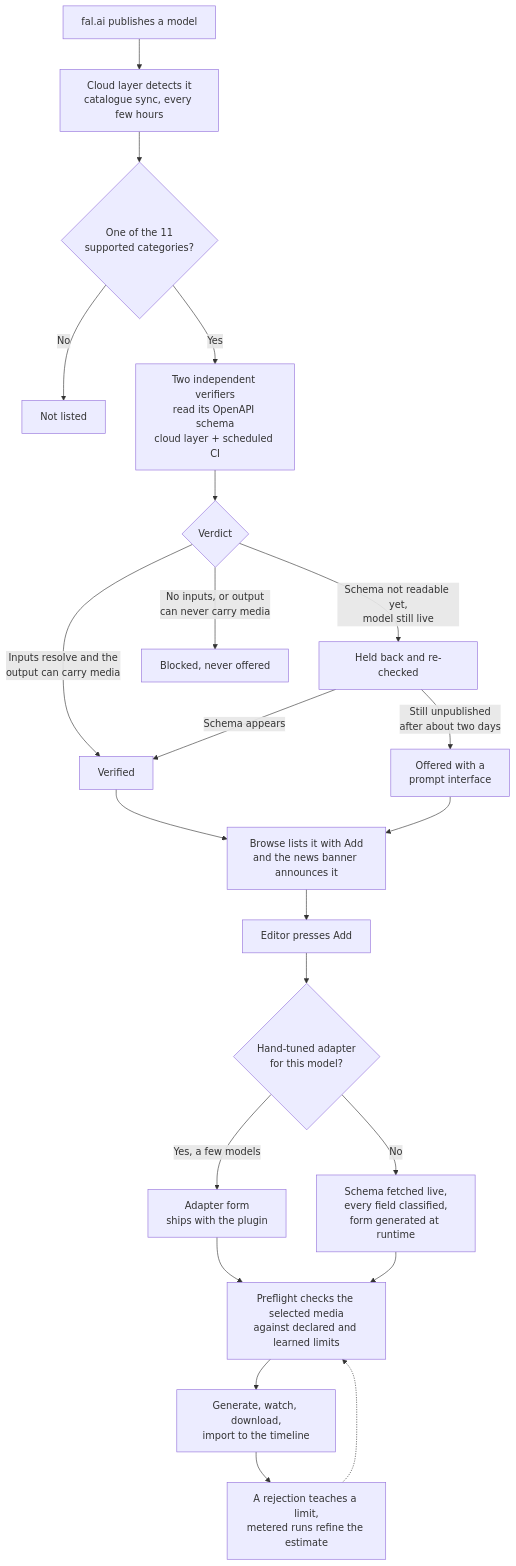
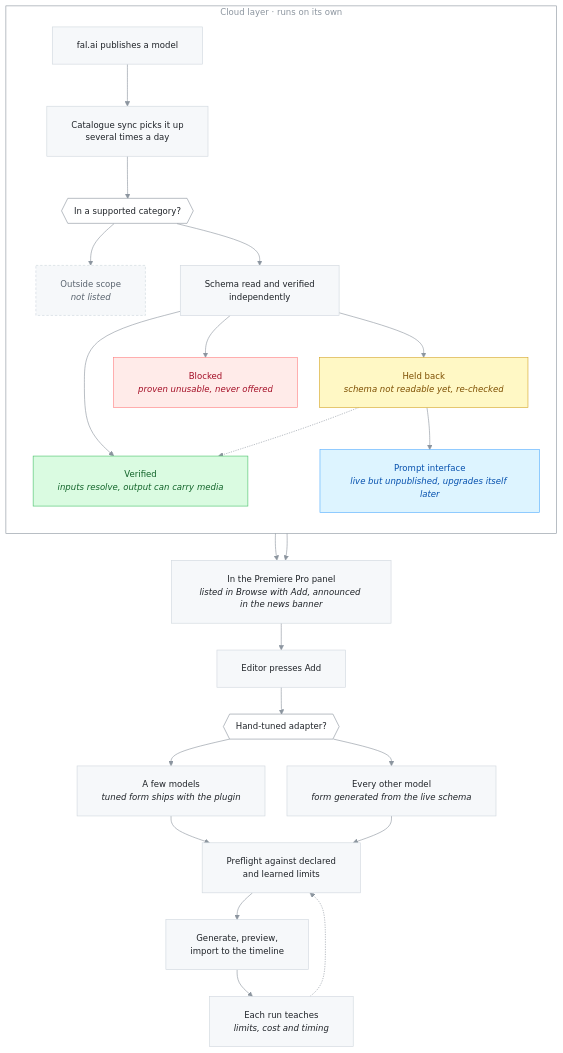
One commit to niklazhallberg/modelbridge-plugin-showcase changed the diagram in ARCHITECTURE.md. Above: the diagram before and after it, drawn with Mermaid. The commit also changed other lines of this file and 5 other files, not shown here.

````diff
--- a/ARCHITECTURE.md
+++ b/ARCHITECTURE.md
@@ -52,24 +52,42 @@
 ```mermaid
+%%{init: {"theme": "base", "flowchart": {"curve": "basis", "padding": 20, "nodeSpacing": 36, "rankSpacing": 44, "htmlLabels": true, "wrappingWidth": 280}, "themeVariables": {"fontFamily": "Arial, Helvetica, sans-serif", "fontSize": "14px", "primaryColor": "#f6f8fa", "primaryTextColor": "#1f2328", "primaryBorderColor": "#d0d7de", "lineColor": "#8c959f", "clusterBkg": "transparent", "clusterBorder": "#8c959f", "titleColor": "#8c959f", "edgeLabelBackground": "transparent"}}}%%
 flowchart TD
-    A["fal.ai publishes a model"] --> B["Cloud layer detects it<br/>catalogue sync, every few hours"]
-    B --> C{"One of the 11<br/>supported categories?"}
-    C -->|No| X["Not listed"]
-    C -->|Yes| D["Two independent verifiers<br/>read its OpenAPI schema<br/>cloud layer + scheduled CI"]
-    D --> E{"Verdict"}
-    E -->|"Inputs resolve and the<br/>output can carry media"| F["Verified"]
-    E -->|"Schema not readable yet,<br/>model still live"| G["Held back and re-checked"]
-    E -->|"No inputs, or output<br/>can never carry media"| Y["Blocked, never offered"]
-    G -->|"Schema appears"| F
-    G -->|"Still unpublished<br/>after about two days"| P["Offered with a<br/>prompt interface"]
-    F --> H["Browse lists it with Add<br/>and the news banner announces it"]
+    subgraph cloud["&nbsp;Cloud layer · runs on its own&nbsp;"]
+        direction TB
+        A["fal.ai publishes a model"] --> B["Catalogue sync picks it up<br/>several times a day"]
+        B --> C{{"In a supported category?"}}
+        C --> X["Outside scope<br/><i>not listed</i>"]
+        C --> D["Schema read and verified<br/>independently"]
+        D --> F["Verified<br/><i>inputs resolve, output can carry media</i>"]
+        D --> G["Held back<br/><i>schema not readable yet, re-checked</i>"]
+        D --> Y["Blocked<br/><i>proven unusable, never offered</i>"]
+        G -.-> F
+        G --> P["Prompt interface<br/><i>live but unpublished, upgrades itself later</i>"]
+    end
+    H["In the Premiere Pro panel<br/><i>listed in Browse with Add, announced in the news banner</i>"] --> I["Editor presses Add"]
+    I --> J{{"Hand-tuned adapter?"}}
+    J --> K["A few models<br/><i>tuned form ships with the plugin</i>"]
+    J --> L["Every other model<br/><i>form generated from the live schema</i>"]
+    K --> M["Preflight against declared<br/>and learned limits"]
+    L --> M
+    M --> N["Generate, preview,<br/>import to the timeline"]
+    N --> O["Each run teaches<br/><i>limits, cost and timing</i>"]
+    O -.-> M
+    F --> H
     P --> H
-    H --> I["Editor presses Add"]
-    I --> J{"Hand-tuned adapter<br/>for this model?"}
-    J -->|"Yes, a few models"| K["Adapter form<br/>ships with the plugin"]
-    J -->|No| L["Schema fetched live,<br/>every field classified,<br/>form generated at runtime"]
-    K --> M["Preflight checks the selected media<br/>against declared and learned limits"]
-    L --> M
-    M --> N["Generate, watch, download,<br/>import to the timeline"]
-    N --> O["A rejection teaches a limit,<br/>metered runs refine the estimate"]
-    O -.-> M
+
+    classDef step fill:#f6f8fa,stroke:#d0d7de,stroke-width:1px,color:#1f2328
+    classDef ask fill:#ffffff,stroke:#8c959f,stroke-width:1px,color:#1f2328
+    classDef ok fill:#dafbe1,stroke:#4ac26b,stroke-width:1px,color:#116329
+    classDef wait fill:#fff8c5,stroke:#d4a72c,stroke-width:1px,color:#7d4e00
+    classDef alt fill:#ddf4ff,stroke:#54aeff,stroke-width:1px,color:#0550ae
+    classDef stop fill:#ffebe9,stroke:#ff8182,stroke-width:1px,color:#a40e26
+    classDef quiet fill:#f6f8fa,stroke:#d0d7de,stroke-width:1px,stroke-dasharray:4 3,color:#59636e
+    class A,B,D,H,I,M,N,O,K,L step
+    class C,J ask
+    class F ok
+    class G wait
+    class P alt
+    class Y stop
+    class X quiet
 ```
````
